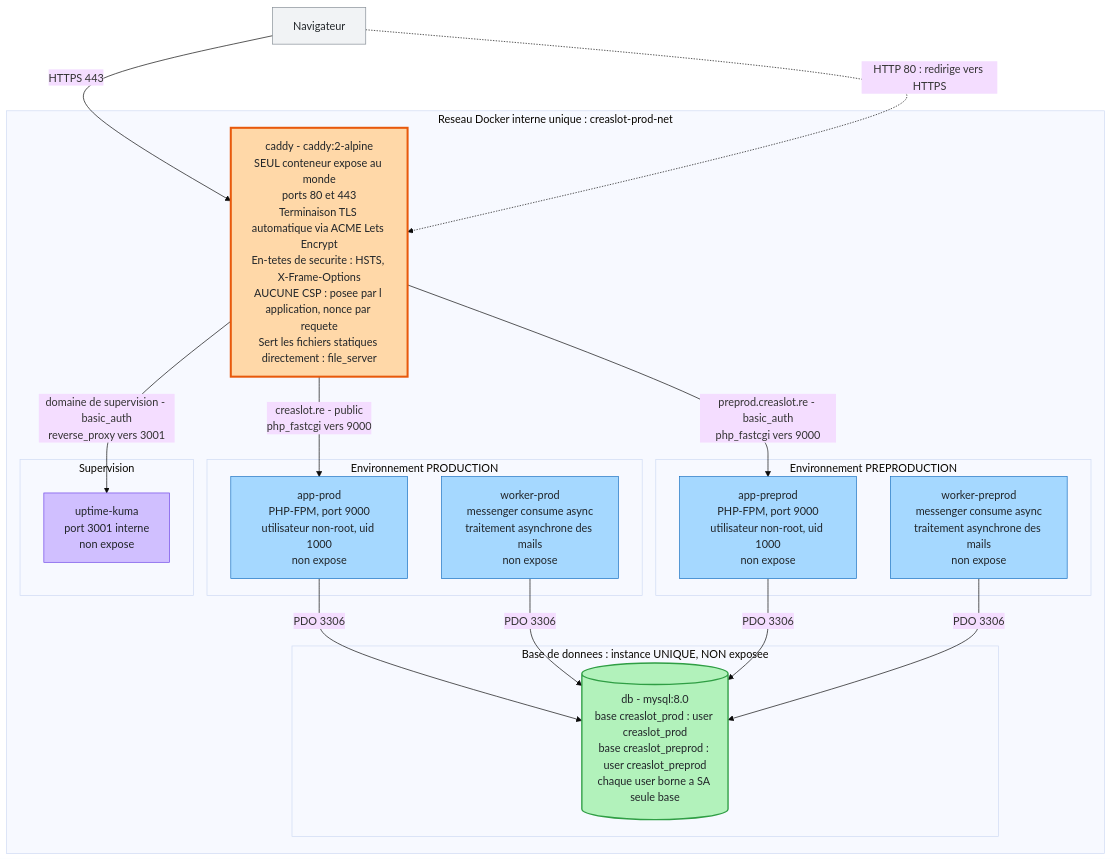
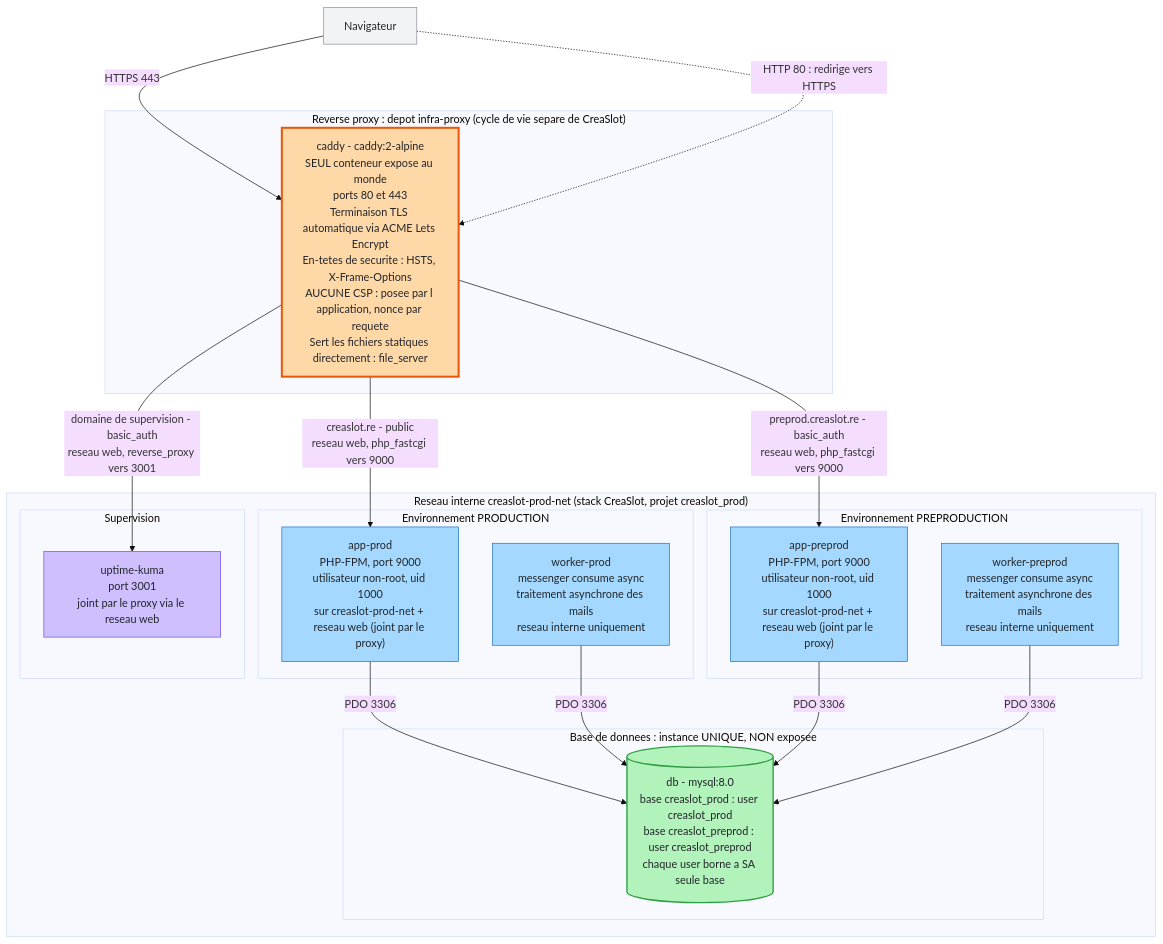
The diagram in docs/architecture-deploiement.mermaid (sgahovey/creaslot), drawn with Mermaid (base theme) before and after one commit. The commit also changed 3 other files, not shown here.

First line of the commit message:
docs(infra): actualise la documentation apres le decouplage du proxy

```diff
--- a/docs/architecture-deploiement.mermaid
+++ b/docs/architecture-deploiement.mermaid
@@ -1,51 +1,53 @@
 flowchart TB
 
     NAV["Navigateur"]
 
     NAV -->|"HTTPS 443"| CADDY
     NAV -.->|"HTTP 80 : redirige vers HTTPS"| CADDY
 
-    subgraph RESEAU["Reseau Docker interne unique : creaslot-prod-net"]
+    subgraph PROXY["Reverse proxy : depot infra-proxy (cycle de vie separe de CreaSlot)"]
+        CADDY["caddy - caddy:2-alpine<br/>SEUL conteneur expose au monde<br/>ports 80 et 443<br/>Terminaison TLS automatique via ACME Lets Encrypt<br/>En-tetes de securite : HSTS, X-Frame-Options<br/>AUCUNE CSP : posee par l application, nonce par requete<br/>Sert les fichiers statiques directement : file_server"]
+    end
 
-        CADDY["caddy - caddy:2-alpine<br/>SEUL conteneur expose au monde<br/>ports 80 et 443<br/>Terminaison TLS automatique via ACME Lets Encrypt<br/>En-tetes de securite : HSTS, X-Frame-Options<br/>AUCUNE CSP : posee par l application, nonce par requete<br/>Sert les fichiers statiques directement : file_server"]
+    subgraph RESEAU["Reseau interne creaslot-prod-net (stack CreaSlot, projet creaslot_prod)"]
 
         subgraph PROD["Environnement PRODUCTION"]
-            APPPROD["app-prod<br/>PHP-FPM, port 9000<br/>utilisateur non-root, uid 1000<br/>non expose"]
-            WPROD["worker-prod<br/>messenger consume async<br/>traitement asynchrone des mails<br/>non expose"]
+            APPPROD["app-prod<br/>PHP-FPM, port 9000<br/>utilisateur non-root, uid 1000<br/>sur creaslot-prod-net + reseau web (joint par le proxy)"]
+            WPROD["worker-prod<br/>messenger consume async<br/>traitement asynchrone des mails<br/>reseau interne uniquement"]
         end
 
         subgraph PREPROD["Environnement PREPRODUCTION"]
-            APPPRE["app-preprod<br/>PHP-FPM, port 9000<br/>utilisateur non-root, uid 1000<br/>non expose"]
-            WPRE["worker-preprod<br/>messenger consume async<br/>traitement asynchrone des mails<br/>non expose"]
+            APPPRE["app-preprod<br/>PHP-FPM, port 9000<br/>utilisateur non-root, uid 1000<br/>sur creaslot-prod-net + reseau web (joint par le proxy)"]
+            WPRE["worker-preprod<br/>messenger consume async<br/>traitement asynchrone des mails<br/>reseau interne uniquement"]
         end
 
         subgraph SUP["Supervision"]
-            KUMA["uptime-kuma<br/>port 3001 interne<br/>non expose"]
+            KUMA["uptime-kuma<br/>port 3001<br/>joint par le proxy via le reseau web"]
         end
 
         subgraph BDD["Base de donnees : instance UNIQUE, NON exposee"]
             DB[("db - mysql:8.0<br/>base creaslot_prod : user creaslot_prod<br/>base creaslot_preprod : user creaslot_preprod<br/>chaque user borne a SA seule base")]
         end
 
     end
 
-    CADDY -->|"creaslot.re - public<br/>php_fastcgi vers 9000"| APPPROD
-    CADDY -->|"preprod.creaslot.re - basic_auth<br/>php_fastcgi vers 9000"| APPPRE
-    CADDY -->|"domaine de supervision - basic_auth<br/>reverse_proxy vers 3001"| KUMA
+    CADDY -->|"creaslot.re - public<br/>reseau web, php_fastcgi vers 9000"| APPPROD
+    CADDY -->|"preprod.creaslot.re - basic_auth<br/>reseau web, php_fastcgi vers 9000"| APPPRE
+    CADDY -->|"domaine de supervision - basic_auth<br/>reseau web, reverse_proxy vers 3001"| KUMA
 
     APPPROD -->|"PDO 3306"| DB
     WPROD -->|"PDO 3306"| DB
     APPPRE -->|"PDO 3306"| DB
     WPRE -->|"PDO 3306"| DB
 
     classDef navigateur fill:#f1f3f5,stroke:#868e96,stroke-width:1px,color:#212529
     classDef expose fill:#ffd8a8,stroke:#e8590c,stroke-width:3px,color:#212529
     classDef interne fill:#a5d8ff,stroke:#1971c2,stroke-width:1px,color:#212529
     classDef supervision fill:#d0bfff,stroke:#7048e8,stroke-width:1px,color:#212529
     classDef base fill:#b2f2bb,stroke:#2f9e44,stroke-width:2px,color:#212529
 
     class NAV navigateur
     class CADDY expose
     class APPPROD,WPROD,APPPRE,WPRE interne
     class KUMA supervision
     class DB base
```
